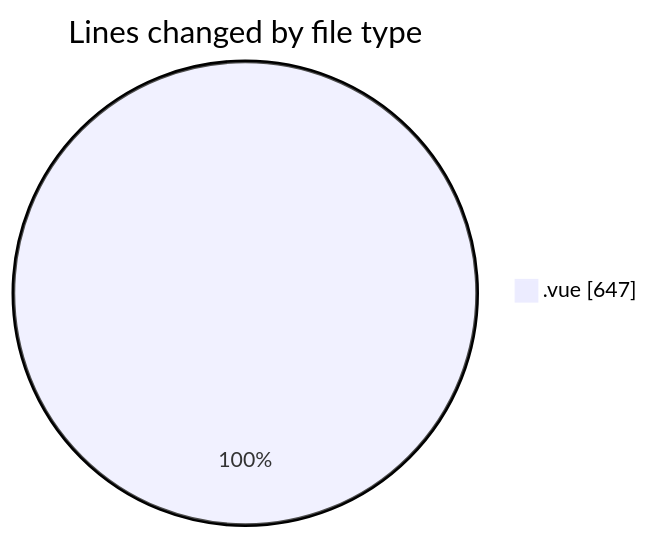
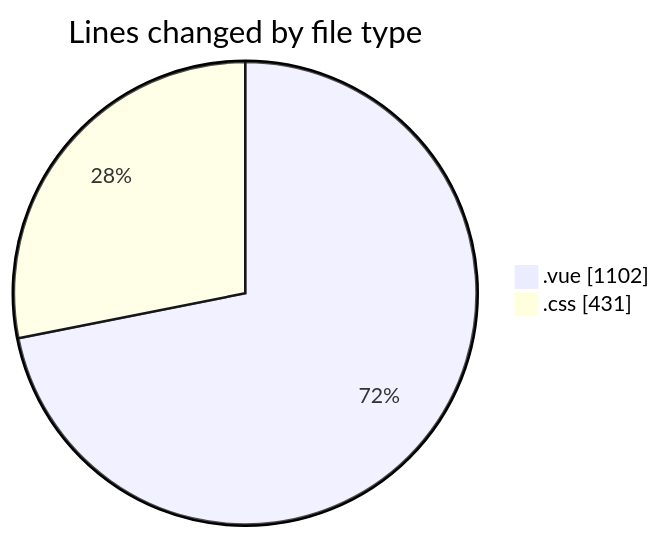
One commit to lephambinh05/code-tracking changed the first of 2 diagrams in 2025-08-10/rentotp/README.md. Above: the diagram before and after it, drawn with Mermaid. The commit also changed other lines of this file and 1 other file, not shown here.

````diff
--- a/2025-08-10/rentotp/README.md
+++ b/2025-08-10/rentotp/README.md
@@ -21,5 +23,6 @@
 ```mermaid
 pie showData
 title Lines changed by file type
-".vue" : 647
+".vue" : 1102
+".css" : 431
 ```
````
